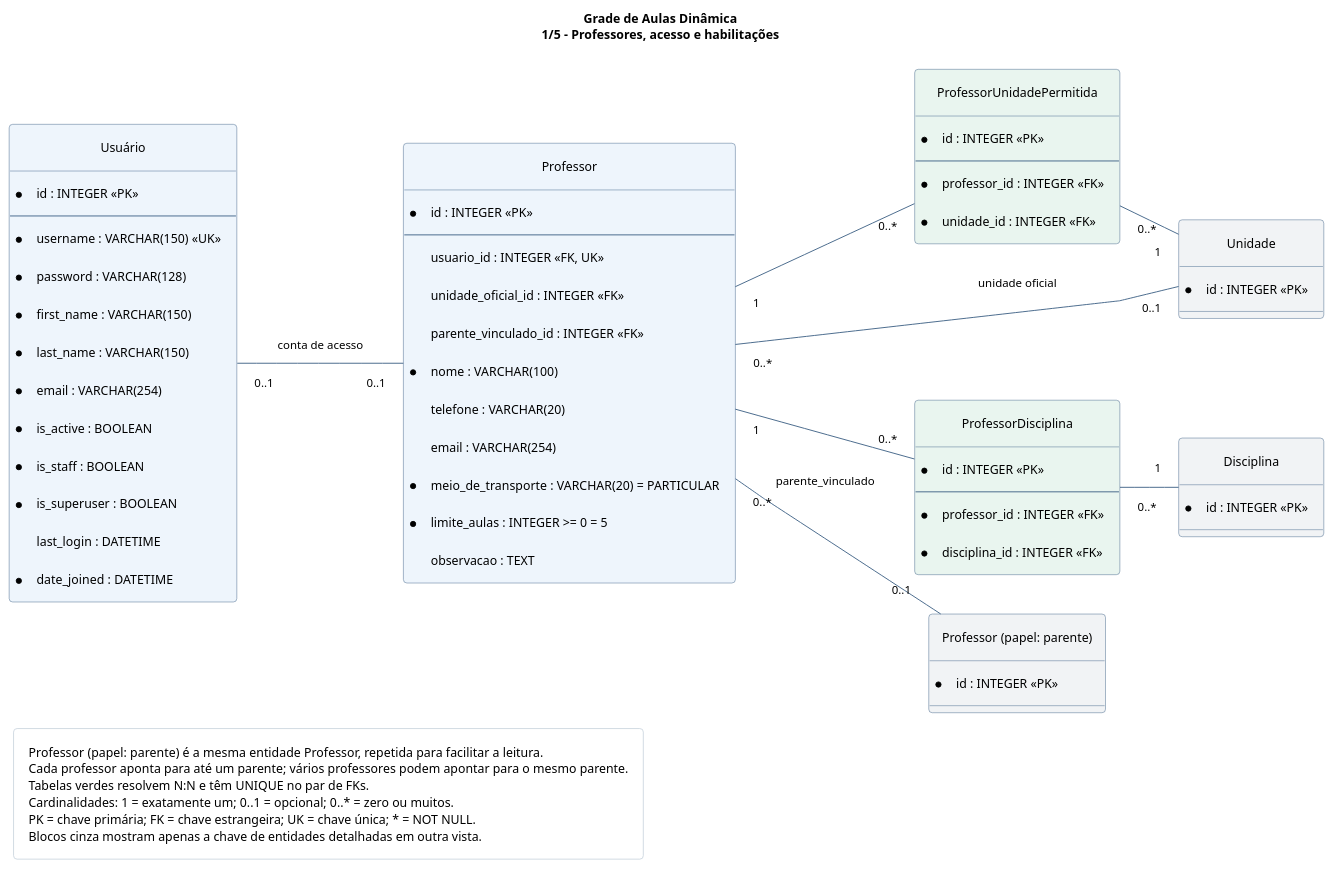
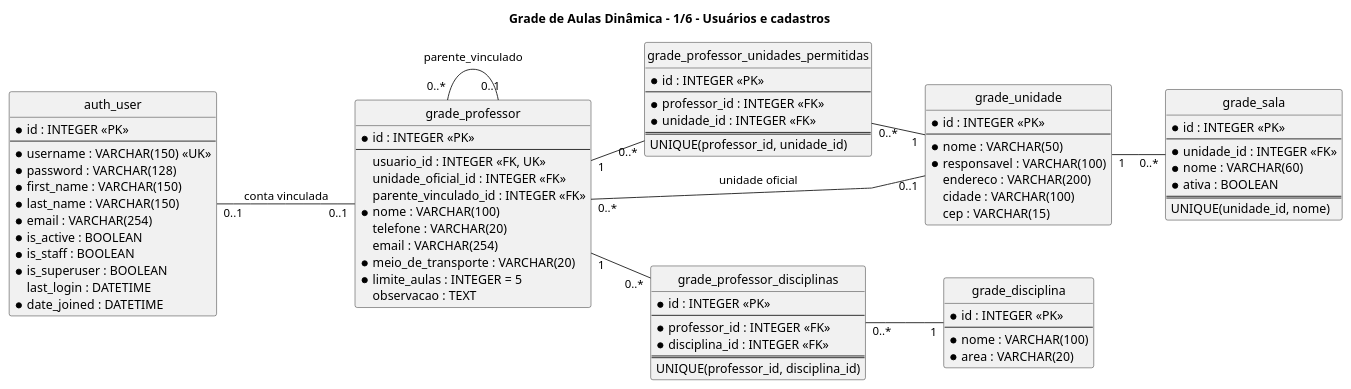
One commit to Jv-dornelas/Grade-de-Aulas-Dinamica changed the first of 6 diagrams in docs/diagrama-entidade-relacionamento.puml. Above: the diagram before and after it, drawn with PlantUML. The commit also changed other lines of this file and 17 other files, not shown here.

```diff
--- a/docs/diagrama-entidade-relacionamento.puml
+++ b/docs/diagrama-entidade-relacionamento.puml
@@ -6,87 +4,89 @@
-@startuml DER_01_Professores
-title
-Grade de Aulas Dinâmica
-1/5 - Professores, acesso e habilitações
-end title
+@startuml DER_01_Cadastros
+title Grade de Aulas Dinâmica - 1/6 - Usuários e cadastros
 left to right direction
 hide circle
-skinparam shadowing false
 skinparam linetype polyline
-skinparam defaultFontName Arial
-skinparam defaultFontSize 14
-skinparam ArrowFontSize 13
-skinparam nodesep 45
-skinparam ranksep 65
-skinparam padding 12
-skinparam roundcorner 8
-skinparam classBorderColor #365B80
-skinparam ArrowColor #365B80
-skinparam legendBackgroundColor #FFFFFF
-skinparam legendBorderColor #CCD6E0
 
-entity "Usuário" as Usuario #EEF5FC {
+entity "auth_user" as Usuario {
   * id : INTEGER <<PK>>
   --
   * username : VARCHAR(150) <<UK>>
   * password : VARCHAR(128)
   * first_name : VARCHAR(150)
   * last_name : VARCHAR(150)
   * email : VARCHAR(254)
   * is_active : BOOLEAN
   * is_staff : BOOLEAN
   * is_superuser : BOOLEAN
   last_login : DATETIME
   * date_joined : DATETIME
 }
-entity "Professor" as Professor #EEF5FC {
+
+entity "grade_unidade" as Unidade {
+  * id : INTEGER <<PK>>
+  --
+  * nome : VARCHAR(50)
+  * responsavel : VARCHAR(100)
+  endereco : VARCHAR(200)
+  cidade : VARCHAR(100)
+  cep : VARCHAR(15)
+}
+
+entity "grade_sala" as Sala {
+  * id : INTEGER <<PK>>
+  --
+  * unidade_id : INTEGER <<FK>>
+  * nome : VARCHAR(60)
+  * ativa : BOOLEAN
+  ==
+  UNIQUE(unidade_id, nome)
+}
+
+entity "grade_disciplina" as Disciplina {
+  * id : INTEGER <<PK>>
+  --
+  * nome : VARCHAR(100)
+  * area : VARCHAR(20)
+}
+
+entity "grade_professor" as Professor {
   * id : INTEGER <<PK>>
   --
   usuario_id : INTEGER <<FK, UK>>
   unidade_oficial_id : INTEGER <<FK>>
   parente_vinculado_id : INTEGER <<FK>>
   * nome : VARCHAR(100)
   telefone : VARCHAR(20)
   email : VARCHAR(254)
-  * meio_de_transporte : VARCHAR(20) = PARTICULAR
-  * limite_aulas : INTEGER >= 0 = 5
+  * meio_de_transporte : VARCHAR(20)
+  * limite_aulas : INTEGER = 5
   observacao : TEXT
 }
-entity "Unidade" as Unidade #F1F3F5 {
-  * id : INTEGER <<PK>>
-}
-entity "Disciplina" as Disciplina #F1F3F5 {
-  * id : INTEGER <<PK>>
-}
-entity "ProfessorDisciplina" as ProfessorDisciplina #E9F5EF {
+
+entity "grade_professor_disciplinas" as ProfessorDisciplina {
   * id : INTEGER <<PK>>
   --
   * professor_id : INTEGER <<FK>>
   * disciplina_id : INTEGER <<FK>>
+  ==
+  UNIQUE(professor_id, disciplina_id)
 }
-entity "ProfessorUnidadePermitida" as ProfessorUnidade #E9F5EF {
+
+entity "grade_professor_unidades_permitidas" as ProfessorUnidade {
   * id : INTEGER <<PK>>
   --
   * professor_id : INTEGER <<FK>>
   * unidade_id : INTEGER <<FK>>
-}
-entity "Professor (papel: parente)" as Parente #F1F3F5 {
-  * id : INTEGER <<PK>>
+  ==
+  UNIQUE(professor_id, unidade_id)
 }
 
-Usuario "0..1" -- "0..1" Professor : conta de acesso
-Professor "0..*" -- "0..1" Parente : parente_vinculado
+Usuario "0..1" -- "0..1" Professor : conta vinculada
+Professor "0..*" -- "0..1" Professor : parente_vinculado
+Professor "0..*" -- "0..1" Unidade : unidade oficial
 Professor "1" -- "0..*" ProfessorDisciplina
 ProfessorDisciplina "0..*" -- "1" Disciplina
 Professor "1" -- "0..*" ProfessorUnidade
 ProfessorUnidade "0..*" -- "1" Unidade
-Professor "0..*" -- "0..1" Unidade : unidade oficial
-
-legend bottom left
-  Professor (papel: parente) é a mesma entidade Professor, repetida para facilitar a leitura.
-  Cada professor aponta para até um parente; vários professores podem apontar para o mesmo parente.
-  Tabelas verdes resolvem N:N e têm UNIQUE no par de FKs.
-  Cardinalidades: 1 = exatamente um; 0..1 = opcional; 0..* = zero ou muitos.
-  PK = chave primária; FK = chave estrangeira; UK = chave única; * = NOT NULL.
-  Blocos cinza mostram apenas a chave de entidades detalhadas em outra vista.
-endlegend
+Unidade "1" -- "0..*" Sala
 @enduml
```
